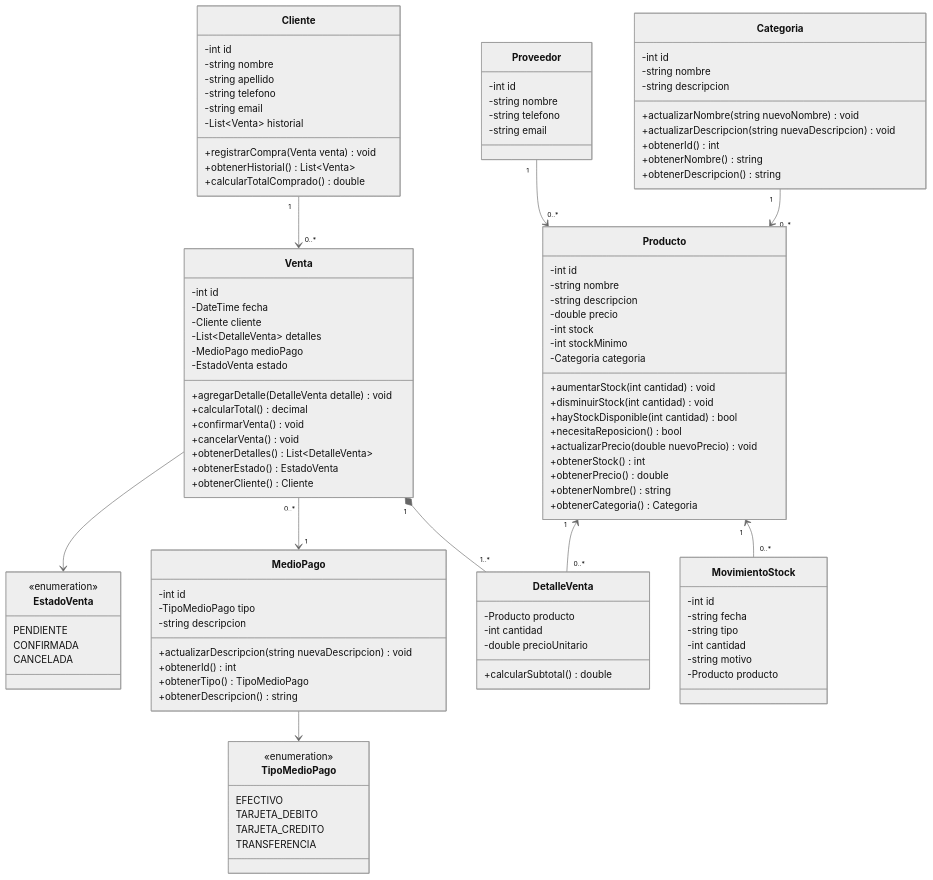
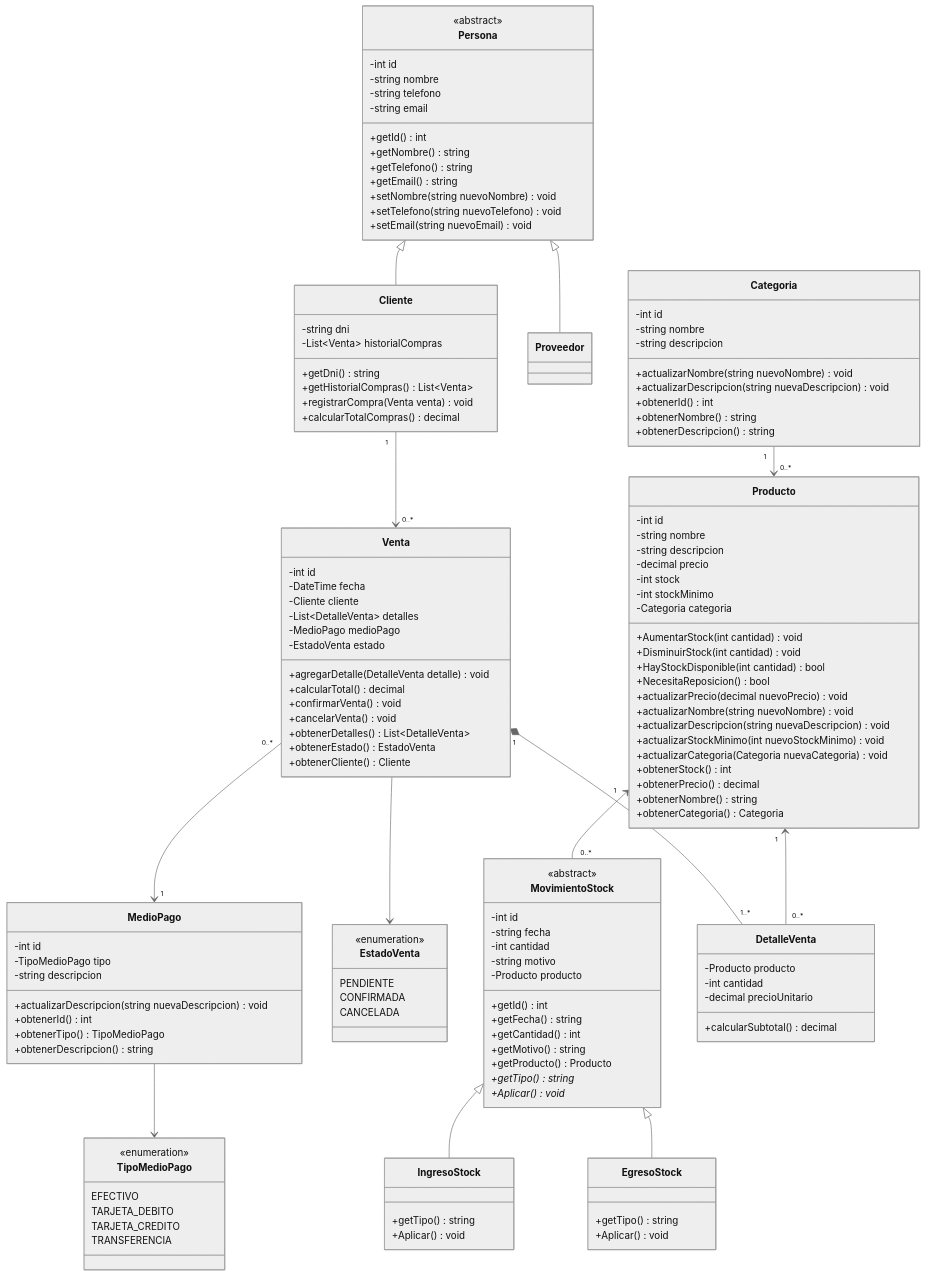
The diagram in docs/diagrama-clases.md (tobigutierrez-14/sistema-de-gestion-de-almacen), drawn with Mermaid (neutral theme) before and after one commit.

Commit message:
docs(uml): Sincronizar diagrama de clases con herencia persona y polimorfismo de stock

````diff
--- a/docs/diagrama-clases.md
+++ b/docs/diagrama-clases.md
@@ -3,5 +3,35 @@
 ```mermaid
 classDiagram
+    class Persona {
+        <<abstract>>
+        -int id
+        -string nombre
+        -string telefono
+        -string email
+        +getId() int
+        +getNombre() string
+        +getTelefono() string
+        +getEmail() string
+        +setNombre(string nuevoNombre) void
+        +setTelefono(string nuevoTelefono) void
+        +setEmail(string nuevoEmail) void
+    }
+
+    class Cliente {
+        -string dni
+        -List~Venta~ historialCompras
+        +getDni() string
+        +getHistorialCompras() List~Venta~
+        +registrarCompra(Venta venta) void
+        +calcularTotalCompras() decimal
+    }
+
+    class Proveedor {
+    }
+
+    Persona <|-- Cliente
+    Persona <|-- Proveedor
+
     class Categoria {
         -int id
         -string nombre
@@ -13,43 +43,57 @@
         +obtenerDescripcion() string
     }
 
-    class Proveedor {
-        -int id
-        -string nombre
-        -string telefono
-        -string email
-    }
-
-    class Cliente {
-        -int id
-        -string nombre
-        -string apellido
-        -string telefono
-        -string email
-        -List~Venta~ historial
-        +registrarCompra(Venta venta) void
-        +obtenerHistorial() List~Venta~
-        +calcularTotalComprado() double
-    }
-
     class Producto {
         -int id
         -string nombre
         -string descripcion
-        -double precio
+        -decimal precio
         -int stock
         -int stockMinimo
         -Categoria categoria
-        +aumentarStock(int cantidad) void
-        +disminuirStock(int cantidad) void
-        +hayStockDisponible(int cantidad) bool
-        +necesitaReposicion() bool
-        +actualizarPrecio(double nuevoPrecio) void
+        +AumentarStock(int cantidad) void
+        +DisminuirStock(int cantidad) void
+        +HayStockDisponible(int cantidad) bool
+        +NecesitaReposicion() bool
+        +actualizarPrecio(decimal nuevoPrecio) void
+        +actualizarNombre(string nuevoNombre) void
+        +actualizarDescripcion(string nuevaDescripcion) void
+        +actualizarStockMinimo(int nuevoStockMinimo) void
+        +actualizarCategoria(Categoria nuevaCategoria) void
         +obtenerStock() int
-        +obtenerPrecio() double
+        +obtenerPrecio() decimal
         +obtenerNombre() string
         +obtenerCategoria() Categoria
     }
+
+    class MovimientoStock {
+        <<abstract>>
+        -int id
+        -string fecha
+        -int cantidad
+        -string motivo
+        -Producto producto
+        +getId() int
+        +getFecha() string
+        +getCantidad() int
+        +getMotivo() string
+        +getProducto() Producto
+        +getTipo()* string
+        +Aplicar()* void
+    }
+
+    class IngresoStock {
+        +getTipo() string
+        +Aplicar() void
+    }
+
+    class EgresoStock {
+        +getTipo() string
+        +Aplicar() void
+    }
+
+    MovimientoStock <|-- IngresoStock
+    MovimientoStock <|-- EgresoStock
 
     class TipoMedioPago {
         <<enumeration>>
@@ -95,21 +139,11 @@
     class DetalleVenta {
         -Producto producto
         -int cantidad
-        -double precioUnitario
-        +calcularSubtotal() double
-    }
-
-    class MovimientoStock {
-        -int id
-        -string fecha
-        -string tipo
-        -int cantidad
-        -string motivo
-        -Producto producto
+        -decimal precioUnitario
+        +calcularSubtotal() decimal
     }
 
     Categoria "1" --> "0..*" Producto
-    Proveedor "1" --> "0..*" Producto
     Cliente "1" --> "0..*" Venta
     Producto "1" <-- "0..*" DetalleVenta
     Producto "1" <-- "0..*" MovimientoStock
````
